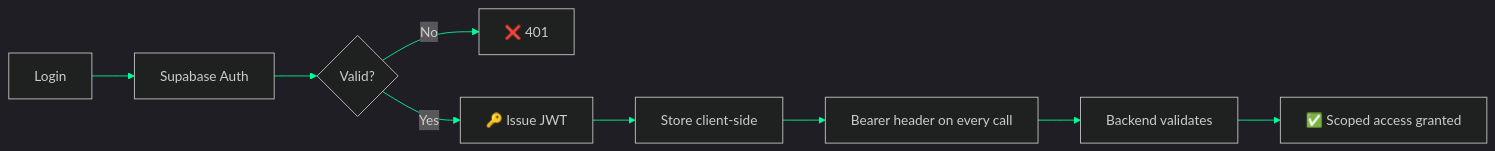
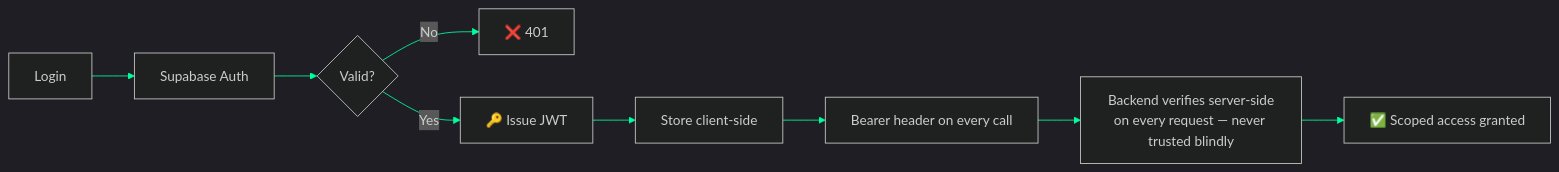
The fourth of 4 diagrams in README.md (fasih245/Vision-Fleet-AI), drawn with Mermaid before and after one commit. The commit also changed other lines of this file and 9 other files, not shown here.

````diff
--- a/README.md
+++ b/README.md
@@ -212,12 +234,12 @@
 ```mermaid
 %%{init: {'theme':'dark','themeVariables':{'primaryColor':'#0D1117','primaryTextColor':'#00FF9C','primaryBorderColor':'#00FF9C','lineColor':'#00FF9C','fontFamily':'JetBrains Mono, monospace'}}}%%
 graph LR
     A["Login"] --> B["Supabase Auth"]
     B --> C{"Valid?"}
     C -->|No| E["❌ 401"]
     C -->|Yes| D["🔑 Issue JWT"]
     D --> F["Store client-side"]
     F --> G["Bearer header on every call"]
-    G --> H["Backend validates"]
+    G --> H["Backend verifies server-side<br/>on every request — never trusted blindly"]
     H --> I["✅ Scoped access granted"]
 ```
````
